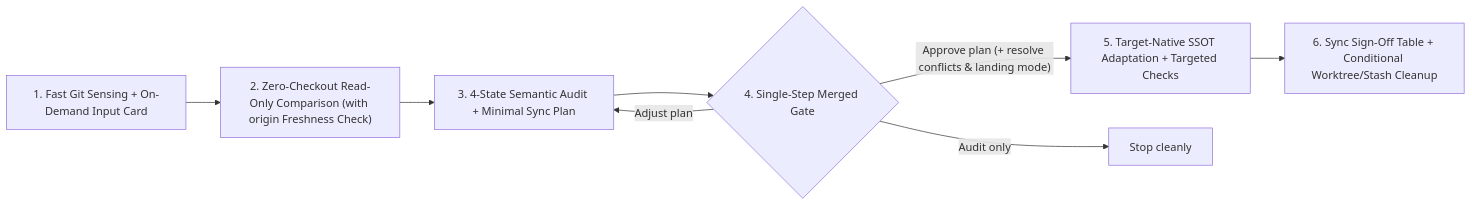
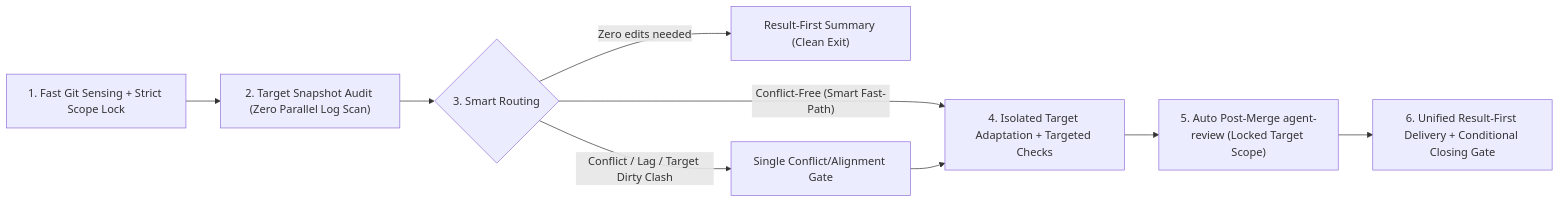
Before and after one commit to lastxuanain/ainward-skills: the diagram in skills/code-sync/README.md, drawn with Mermaid. The commit also changed other lines of this file and 10 other files, not shown here.

Commit message:
feat: align work-report, agent-review, and code-sync to Result-First UX

````diff
--- a/skills/code-sync/README.md
+++ b/skills/code-sync/README.md
@@ -29,10 +30,11 @@
 ```mermaid
 flowchart LR
-    A["1. Fast Git Sensing + On-Demand Input Card"] --> B["2. Zero-Checkout Read-Only Comparison (with origin Freshness Check)"]
-    B --> C["3. 4-State Semantic Audit + Minimal Sync Plan"]
-    C --> D{"4. Single-Step Merged Gate"}
-    D -- "Approve plan (+ resolve conflicts & landing mode)" --> E["5. Target-Native SSOT Adaptation + Targeted Checks"]
-    D -- "Adjust plan" --> C
-    D -- "Audit only" --> F["Stop cleanly"]
-    E --> G["6. Sync Sign-Off Table + Conditional Worktree/Stash Cleanup"]
+    A["1. Fast Git Sensing + Strict Scope Lock"] --> B["2. Target Snapshot Audit (Zero Parallel Log Scan)"]
+    B --> C{"3. Smart Routing"}
+    C -- "Zero edits needed" --> Z["Result-First Summary (Clean Exit)"]
+    C -- "Conflict / Lag / Target Dirty Clash" --> D["Single Conflict/Alignment Gate"]
+    C -- "Conflict-Free (Smart Fast-Path)" --> E["4. Isolated Target Adaptation + Targeted Checks"]
+    D --> E
+    E --> F["5. Auto Post-Merge agent-review (Locked Target Scope)"]
+    F --> G["6. Unified Result-First Delivery + Conditional Closing Gate"]
 ```
````
